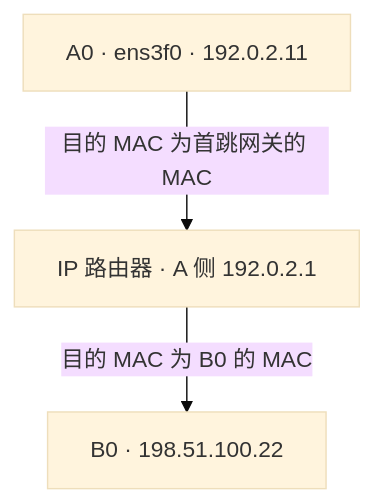
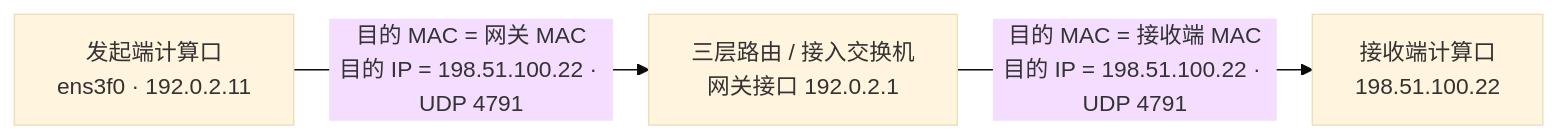
One commit to realtyz/ops-manual changed the diagram in AI-Infra/07_InfiniBand、RoCE与集群网络拓扑/03_RoCEv2 的 IP 路由、GID 与 RDMA 端口.md. Above: the diagram before and after it, drawn with Mermaid (base theme). The commit also changed other lines of this file and 194 other files, not shown here.

````diff
--- a/AI-Infra/07_InfiniBand、RoCE与集群网络拓扑/03_RoCEv2 的 IP 路由、GID 与 RDMA 端口.md
+++ b/AI-Infra/07_InfiniBand、RoCE与集群网络拓扑/03_RoCEv2 的 IP 路由、GID 与 RDMA 端口.md
@@ -18,5 +27,6 @@
 ```mermaid
-flowchart
-    A["A0 · ens3f0 · 192.0.2.11"] -->|目的 MAC 为首跳网关的 MAC| R["IP 路由器 · A 侧 192.0.2.1"]
-    R -->|目的 MAC 为 B0 的 MAC| B["B0 · 198.51.100.22"]
+flowchart LR
+    accDescr: 跨子网 RoCEv2 报文从发起端计算口发出，第一跳目的 MAC 指向网关，经路由器重写 MAC 后交付接收端，全程保持目的 IP 与 UDP 4791 不变。
+    A["发起端计算口<br/>ens3f0 · 192.0.2.11"] -->|"目的 MAC = 网关 MAC<br/>目的 IP = 198.51.100.22 · UDP 4791"| R["三层路由 / 接入交换机<br/>网关接口 192.0.2.1"]
+    R -->|"目的 MAC = 接收端 MAC<br/>目的 IP = 198.51.100.22 · UDP 4791"| B["接收端计算口<br/>198.51.100.22"]
 ```
````
